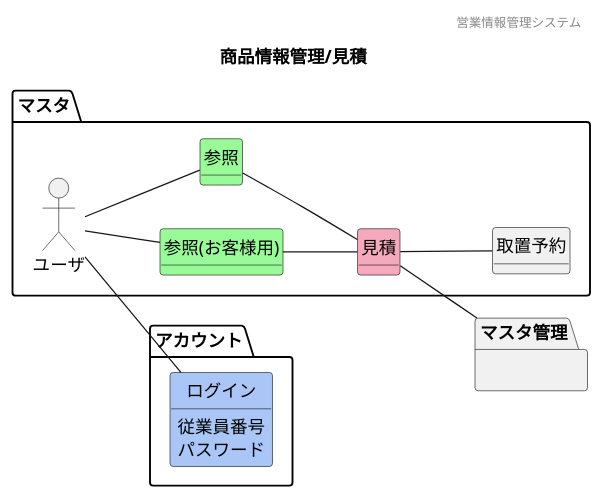
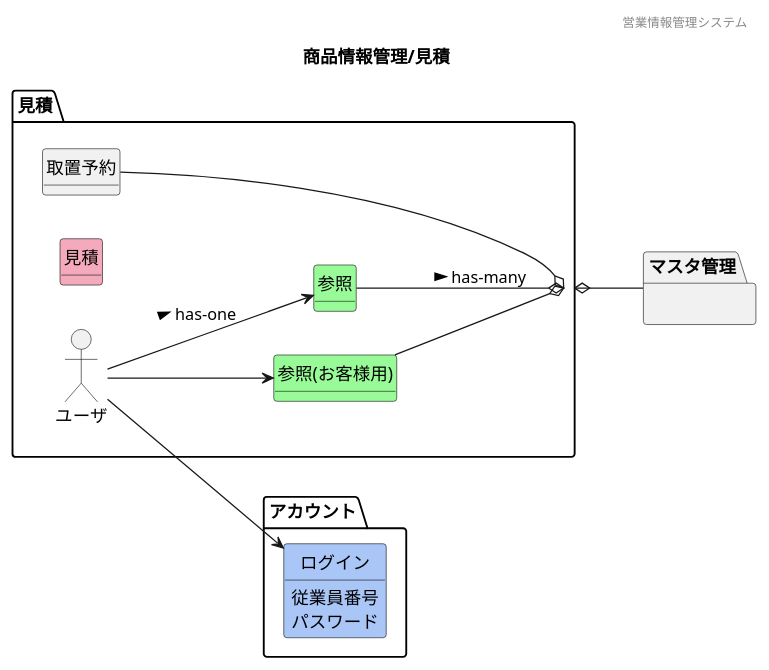
One commit to HaruShim/Sotuken changed the diagram in 各種設計書/1ドメインモデル図/商品情報管理/F10見積.plantuml. Above: the diagram before and after it, drawn with PlantUML. The commit also changed 13 other files, not shown here.

```diff
--- a/各種設計書/1ドメインモデル図/商品情報管理/F10見積.plantuml
+++ b/各種設計書/1ドメインモデル図/商品情報管理/F10見積.plantuml
@@ -1,41 +1,41 @@
 @startuml images/商品情報管理/見積
 ' ヘッダー
 header 営業情報管理システム
 ' タイトル
 title 商品情報管理/見積
 ' 
 hide circle
 ' 
 hide method
 left to right direction
 
 package "アカウント"{
     class "ログイン" #A9C6F6
 }
-package "マスタ" {
+package "見積" {
     mix_actor "ユーザ"
         class "参照(お客様用)" #98fb98
         class "参照" #98fb98
         class "見積" #F5A9BC
         class "取置予約" 
 }
         package "マスタ管理"{
             }
 
 
         ' class "" #F5A9BC
         ' class "" #ffd700
 
     'モデル同士の関係
     ' 見積
-    ユーザ -- 参照
-    ユーザ -- "参照(お客様用)"
-    ユーザ -- ログイン
-    参照 -- 見積
-    "参照(お客様用)" -- 見積
-    見積 -- 取置予約
-    見積-- マスタ管理
+    ユーザ --> 参照 : > has-one
+    ユーザ --> "参照(お客様用)"
+    ユーザ --> ログイン
+    参照 --o 見積 : > has-many
+    "参照(お客様用)" --o 見積
+    見積 o-- 取置予約
+    見積 o-- マスタ管理
     ログイン : 従業員番号
     ログイン : パスワード
 
 @enduml
```
